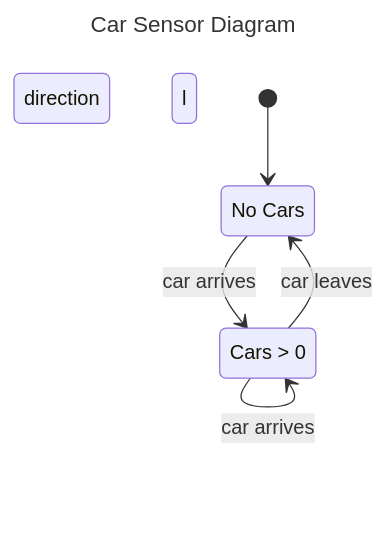
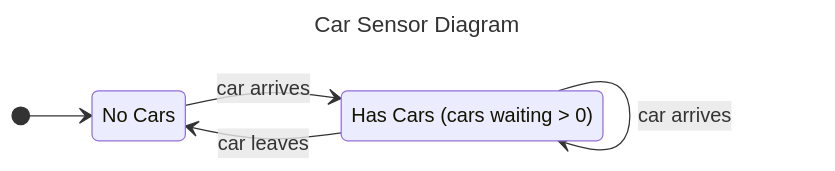
One commit to VinayakFia/Obsidian changed the first of 5 diagrams in COMP3153/System Model - Vinayak Fialok.md. Above: the diagram before and after it, drawn with Mermaid. The commit also changed other lines of this file, not shown here.

````diff
--- a/COMP3153/System Model - Vinayak Fialok.md
+++ b/COMP3153/System Model - Vinayak Fialok.md
@@ -17,14 +17,14 @@
 ```mermaid
 ---
 title: Car Sensor Diagram
 ---
 stateDiagram-v2
-	direction l
+	direction LR
 	n: No Cars
-	c: Cars > 0
+	c: Has Cars (cars waiting > 0)
 	[*] --> n
 	n --> c : car arrives
 	c --> n : car leaves
 	c --> c : car leaves
 	c --> c : car arrives
 ```
````
